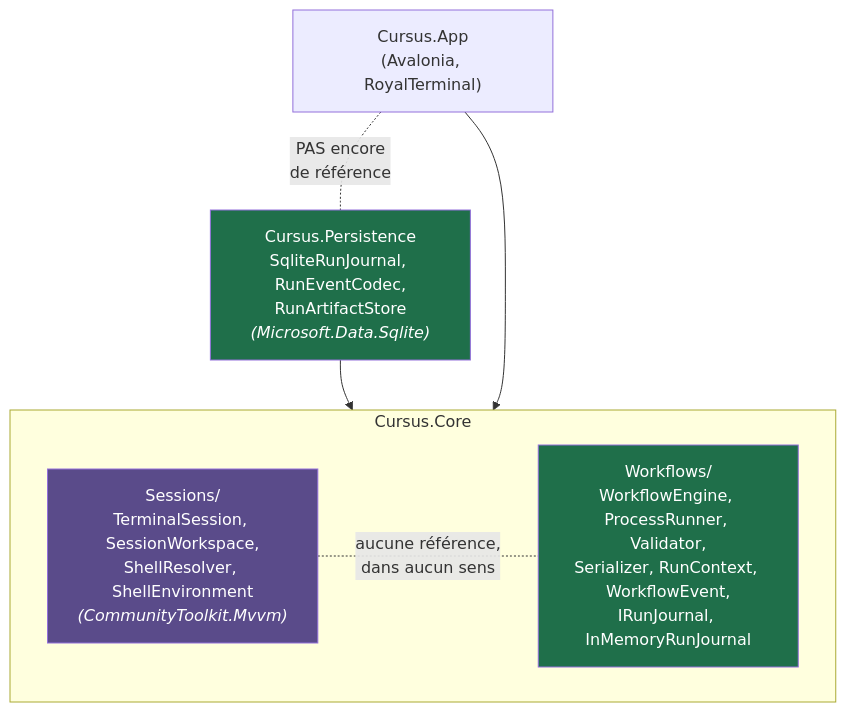
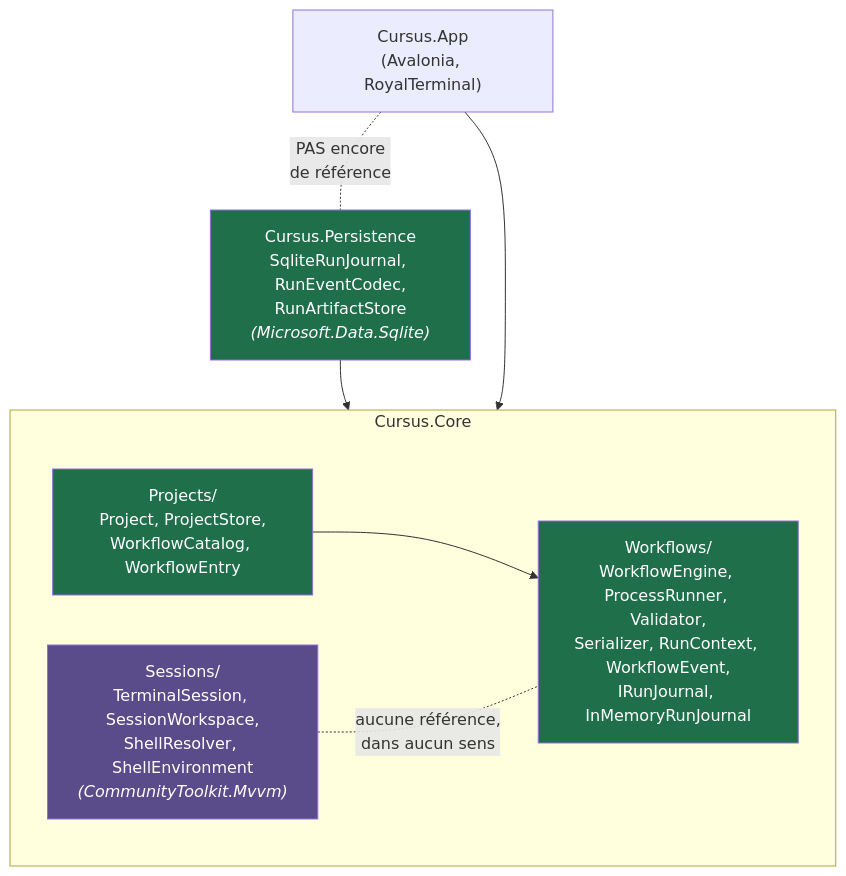
The first of 4 diagrams in docs/design/architecture.md (Apemb/Cursus), drawn with Mermaid before and after one commit. The commit also changed other lines of this file, not shown here.

````diff
--- a/docs/design/architecture.md
+++ b/docs/design/architecture.md
@@ -46,15 +49,18 @@
 ```mermaid
 graph TD
     subgraph CoreLib["Cursus.Core"]
         Sessions["Sessions/<br/>TerminalSession, SessionWorkspace,<br/>ShellResolver, ShellEnvironment<br/><i>(CommunityToolkit.Mvvm)</i>"]
         Workflows["Workflows/<br/>WorkflowEngine, ProcessRunner, Validator,<br/>Serializer, RunContext, WorkflowEvent,<br/>IRunJournal, InMemoryRunJournal"]
+        Projects["Projects/<br/>Project, ProjectStore,<br/>WorkflowCatalog, WorkflowEntry"]
     end
+    Projects --> Workflows
     Persistence["Cursus.Persistence<br/>SqliteRunJournal, RunEventCodec,<br/>RunArtifactStore<br/><i>(Microsoft.Data.Sqlite)</i>"] --> CoreLib
     App["Cursus.App<br/>(Avalonia, RoyalTerminal)"] --> CoreLib
     App -. "PAS encore<br/>de référence" .- Persistence
     Sessions -. "aucune référence,<br/>dans aucun sens" .- Workflows
 
     style Workflows fill:#1f6f4a,color:#fff
+    style Projects fill:#1f6f4a,color:#fff
     style Persistence fill:#1f6f4a,color:#fff
     style Sessions fill:#5a4b8a,color:#fff
 ```
````
